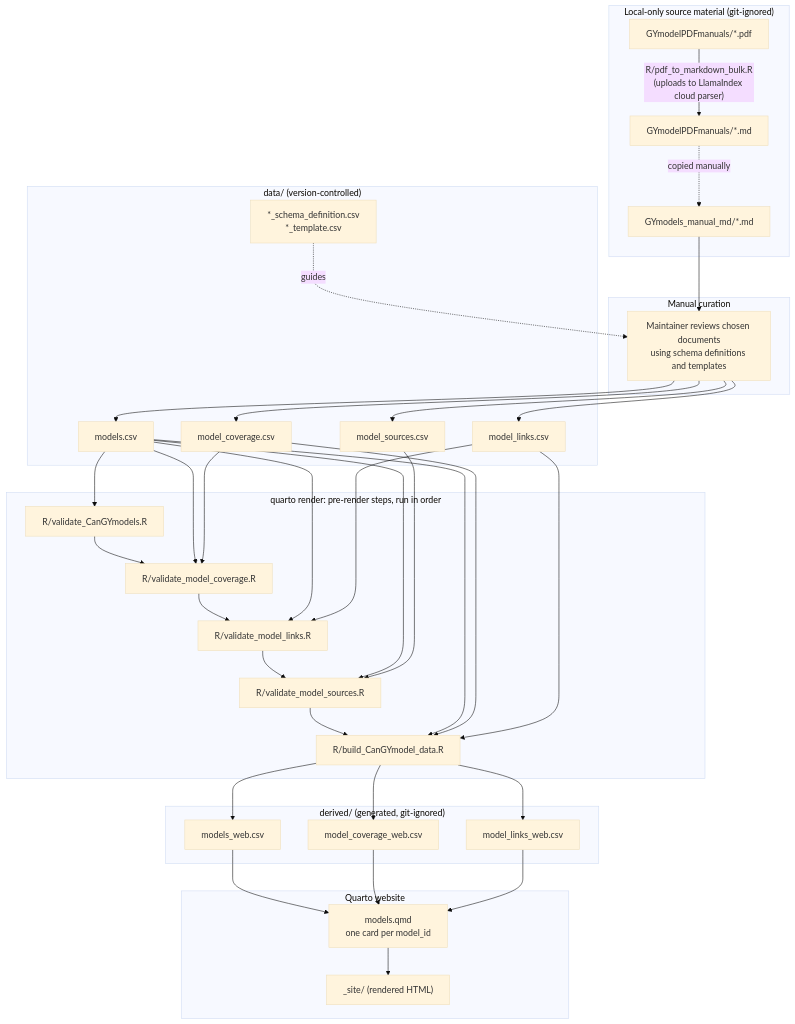
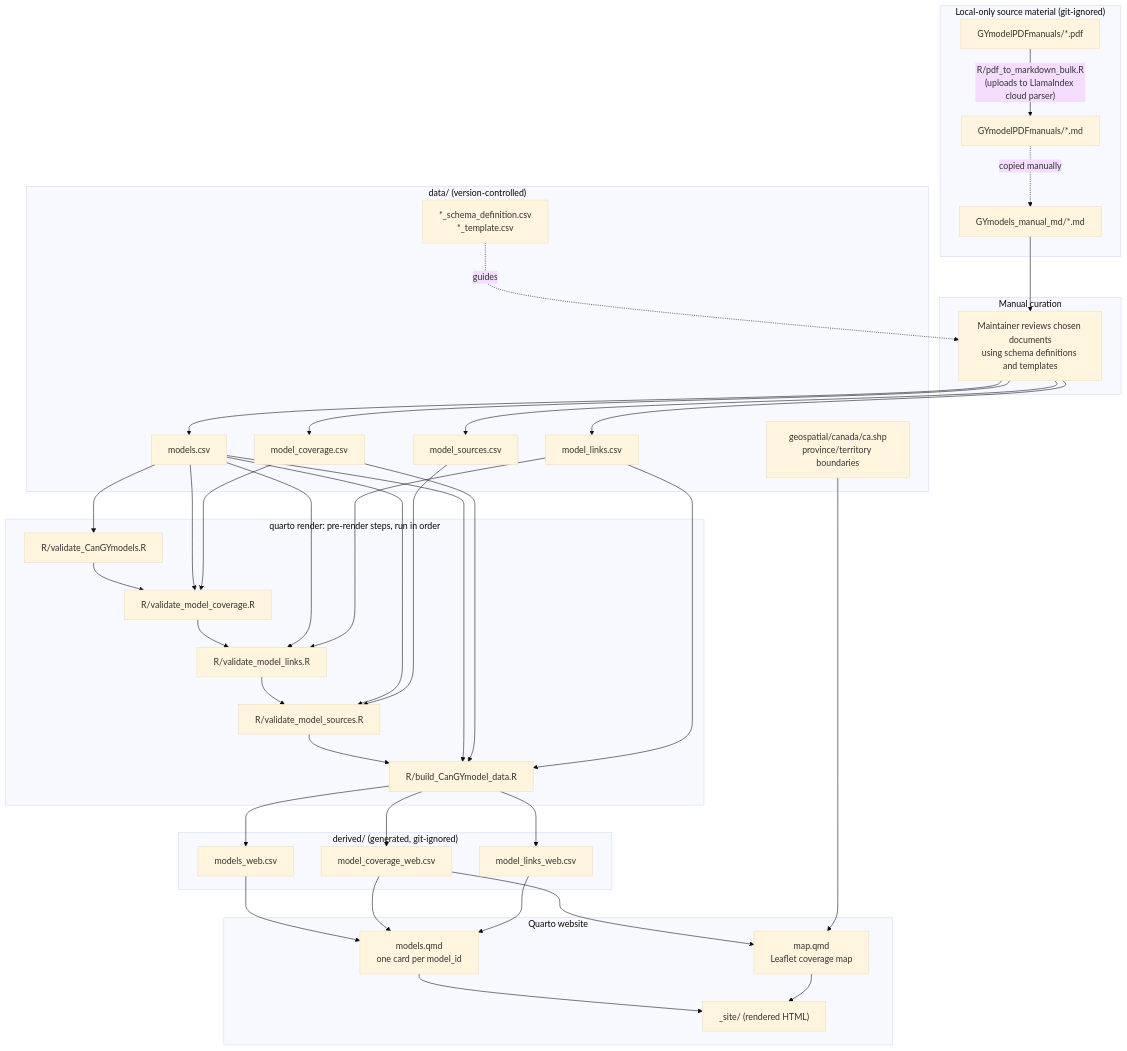
The second of 2 diagrams in docs/data-model-and-pipeline.md (forest-carbon-tools-dfs/CanGrowthModels), drawn with Mermaid (base theme) before and after one commit. The commit also changed other lines of this file and 18 other files, not shown here.

````diff
--- a/docs/data-model-and-pipeline.md
+++ b/docs/data-model-and-pipeline.md
@@ -241,57 +242,60 @@
 ```mermaid
 flowchart TD
     subgraph LOCAL["Local-only source material (git-ignored)"]
         PDF["GYmodelPDFmanuals/*.pdf"]
         PDFMD["GYmodelPDFmanuals/*.md"]
         MD["GYmodels_manual_md/*.md"]
     end
 
     PDF -->|"R/pdf_to_markdown_bulk.R<br/>(uploads to LlamaIndex cloud parser)"| PDFMD
     PDFMD -.->|"copied manually"| MD
 
     subgraph CURATE["Manual curation"]
         REVIEW["Maintainer reviews chosen documents<br/>using schema definitions and templates"]
     end
 
     MD --> REVIEW
 
     subgraph DATA["data/ (version-controlled)"]
         SCHEMA["*_schema_definition.csv<br/>*_template.csv"]
         M["models.csv"]
         C["model_coverage.csv"]
         L["model_links.csv"]
         S["model_sources.csv"]
+        G["geospatial/canada/ca.shp<br/>province/territory boundaries"]
     end
 
     SCHEMA -.->|"guides"| REVIEW
     REVIEW --> M & C & L & S
 
     subgraph PRE["quarto render: pre-render steps, run in order"]
         V1["R/validate_CanGYmodels.R"]
         V2["R/validate_model_coverage.R"]
         V3["R/validate_model_links.R"]
         V4["R/validate_model_sources.R"]
         B["R/build_CanGYmodel_data.R"]
         V1 --> V2 --> V3 --> V4 --> B
     end
 
     M --> V1 & V2 & V3 & V4 & B
     C --> V2 & B
     L --> V3 & B
     S --> V4
 
     subgraph DERIVED["derived/ (generated, git-ignored)"]
         DM["models_web.csv"]
         DC["model_coverage_web.csv"]
         DL["model_links_web.csv"]
     end
 
     B --> DM & DC & DL
 
     subgraph SITE["Quarto website"]
         Q["models.qmd<br/>one card per model_id"]
+      MAP["map.qmd<br/>Leaflet coverage map"]
         OUT["_site/ (rendered HTML)"]
     end
 
     DM & DC & DL --> Q --> OUT
+    DC & G --> MAP --> OUT
 ```
````
